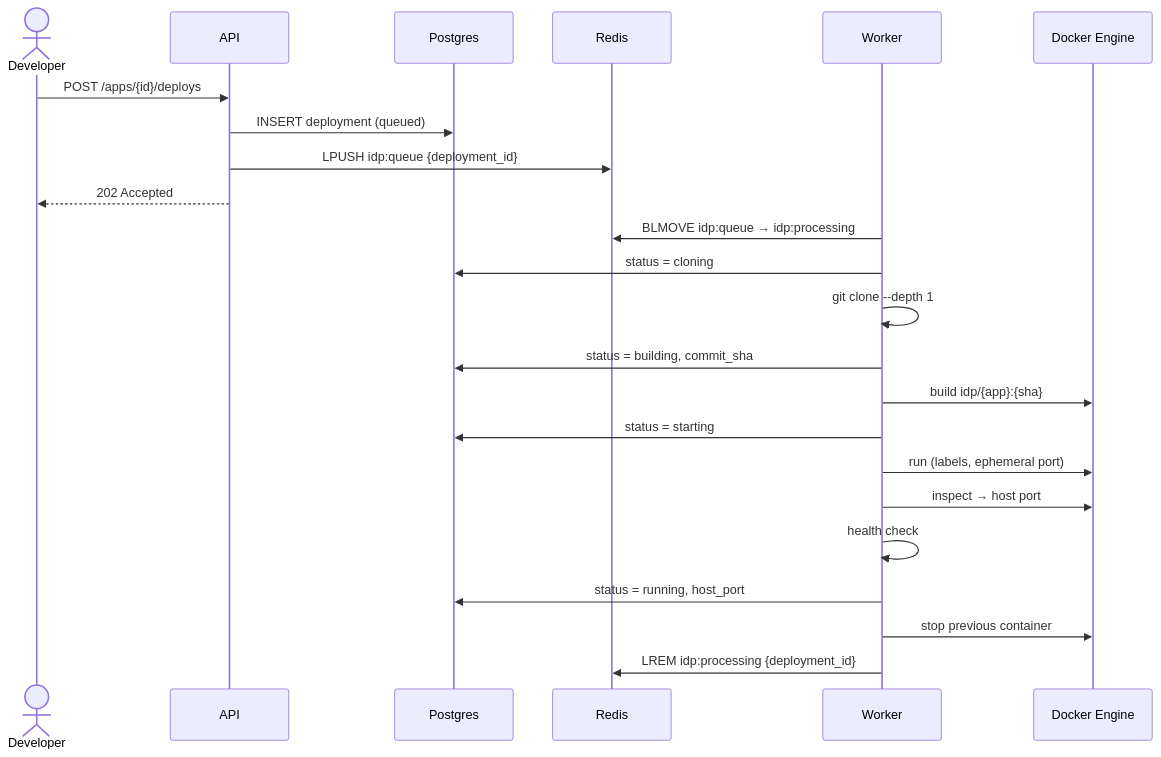
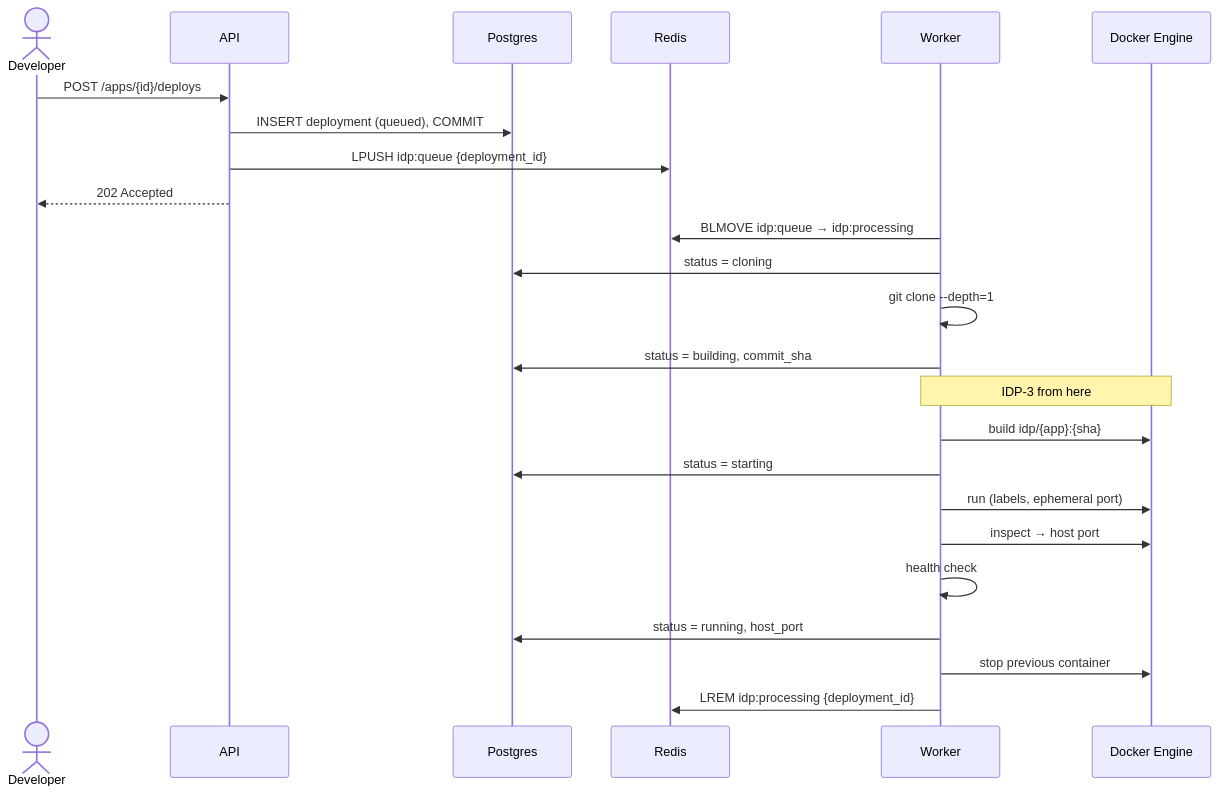
Before and after one commit to codrin-hash/devops-lab: the diagram in docs/architecture/deployment-flow.md, drawn with Mermaid. The commit also changed other lines of this file and 10 other files, not shown here.

Commit message:
close IDP-2 verification, ADR-0011, API and config reference, runbook, troubleshooting, tech debt.

````diff
--- a/docs/architecture/deployment-flow.md
+++ b/docs/architecture/deployment-flow.md
@@ -5,27 +5,28 @@
 ```mermaid
 sequenceDiagram
     actor Dev as Developer
     participant API
     participant PG as Postgres
     participant R as Redis
     participant W as Worker
     participant D as Docker Engine
 
     Dev->>API: POST /apps/{id}/deploys
-    API->>PG: INSERT deployment (queued)
+    API->>PG: INSERT deployment (queued), COMMIT
     API->>R: LPUSH idp:queue {deployment_id}
     API-->>Dev: 202 Accepted
 
     W->>R: BLMOVE idp:queue → idp:processing
     W->>PG: status = cloning
-    W->>W: git clone --depth 1
+    W->>W: git clone --depth=1
     W->>PG: status = building, commit_sha
+    Note over W,D: IDP-3 from here
     W->>D: build idp/{app}:{sha}
     W->>PG: status = starting
     W->>D: run (labels, ephemeral port)
     W->>D: inspect → host port
     W->>W: health check
     W->>PG: status = running, host_port
     W->>D: stop previous container
     W->>R: LREM idp:processing {deployment_id}
 ```
````
